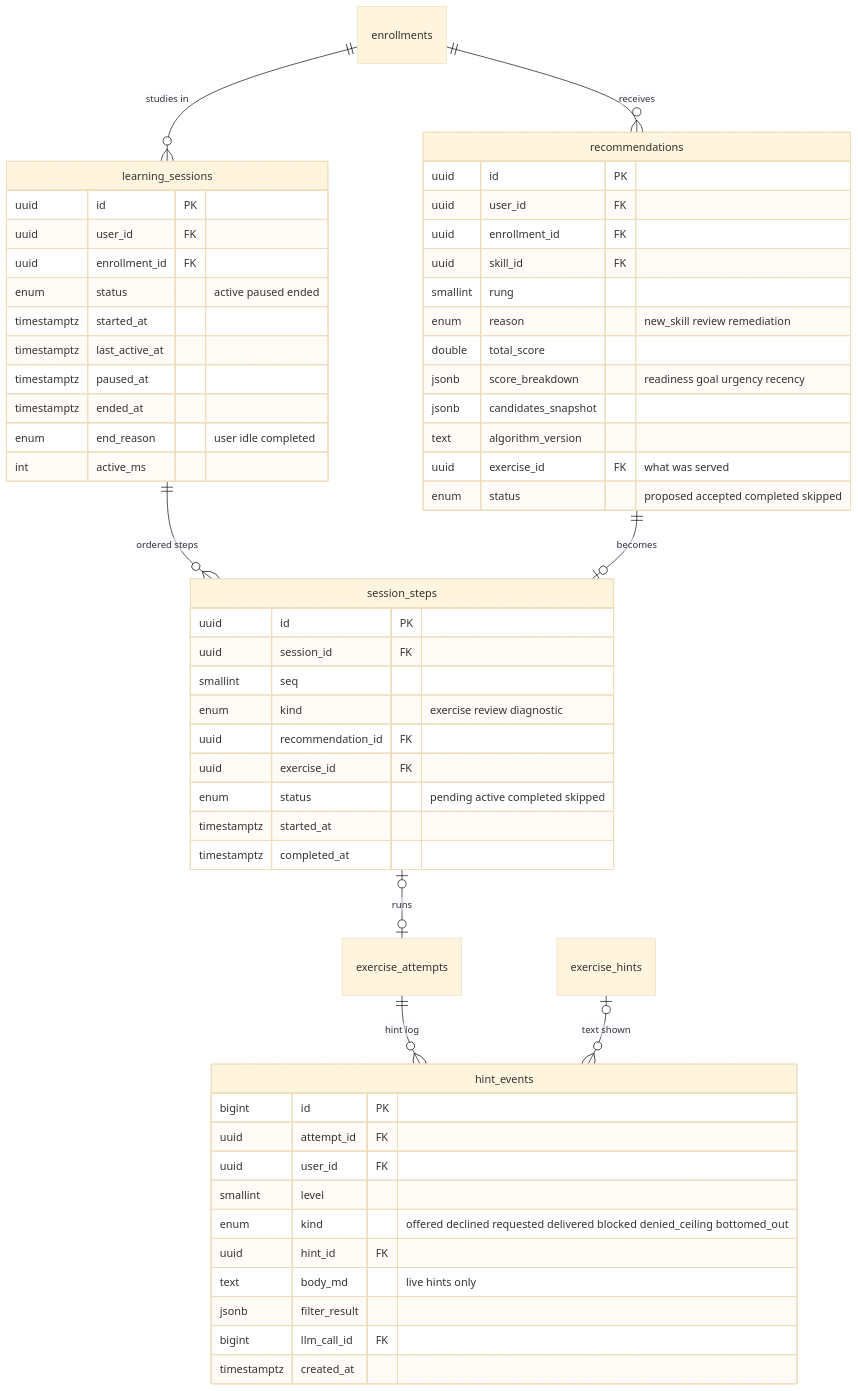
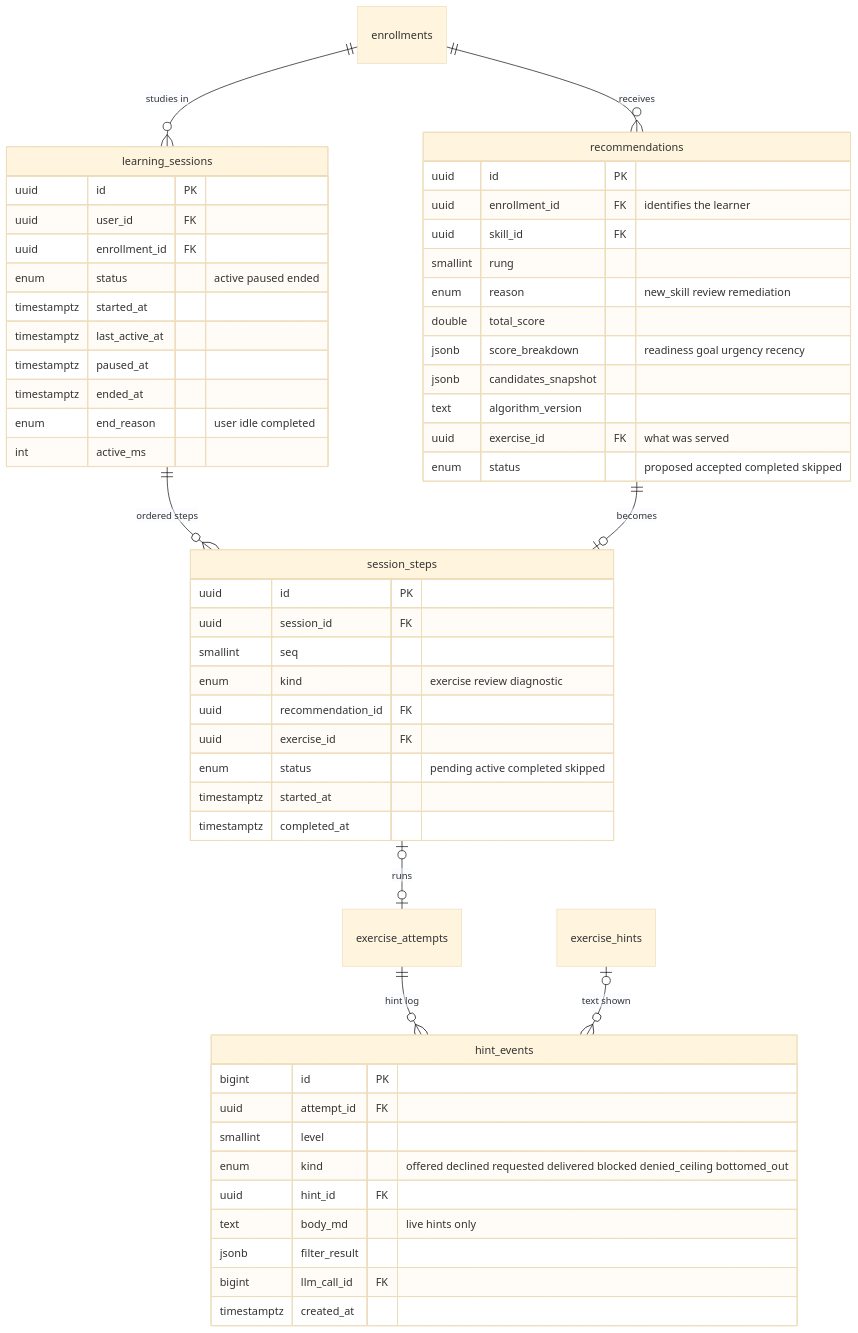
Before and after one commit to Nidanos/ai-tutor-platform: diagram 13 of 32 in DOCS/phase-2/MP3-System-Design.md, drawn with Mermaid (base theme). The commit also changed other lines of this file, not shown here.

Commit message:
docs: sync Phase 2 design with built schema and auth contract

````diff
--- a/DOCS/phase-2/MP3-System-Design.md
+++ b/DOCS/phase-2/MP3-System-Design.md
@@ -842,59 +846,57 @@
 ```mermaid
 erDiagram
   exercise_attempts ||--o{ hint_events : "hint log"
   exercise_hints |o--o{ hint_events : "text shown"
   enrollments ||--o{ learning_sessions : "studies in"
   learning_sessions ||--o{ session_steps : "ordered steps"
   recommendations ||--o| session_steps : "becomes"
   session_steps |o--o| exercise_attempts : "runs"
   enrollments ||--o{ recommendations : "receives"
   hint_events {
     bigint id PK
     uuid attempt_id FK
-    uuid user_id FK
     smallint level
     enum kind "offered declined requested delivered blocked denied_ceiling bottomed_out"
     uuid hint_id FK
     text body_md "live hints only"
     jsonb filter_result
     bigint llm_call_id FK
     timestamptz created_at
   }
   learning_sessions {
     uuid id PK
     uuid user_id FK
     uuid enrollment_id FK
     enum status "active paused ended"
     timestamptz started_at
     timestamptz last_active_at
     timestamptz paused_at
     timestamptz ended_at
     enum end_reason "user idle completed"
     int active_ms
   }
   session_steps {
     uuid id PK
     uuid session_id FK
     smallint seq
     enum kind "exercise review diagnostic"
     uuid recommendation_id FK
     uuid exercise_id FK
     enum status "pending active completed skipped"
     timestamptz started_at
     timestamptz completed_at
   }
   recommendations {
     uuid id PK
-    uuid user_id FK
-    uuid enrollment_id FK
+    uuid enrollment_id FK "identifies the learner"
     uuid skill_id FK
     smallint rung
     enum reason "new_skill review remediation"
     double total_score
     jsonb score_breakdown "readiness goal urgency recency"
     jsonb candidates_snapshot
     text algorithm_version
     uuid exercise_id FK "what was served"
     enum status "proposed accepted completed skipped"
   }
 ```
````
